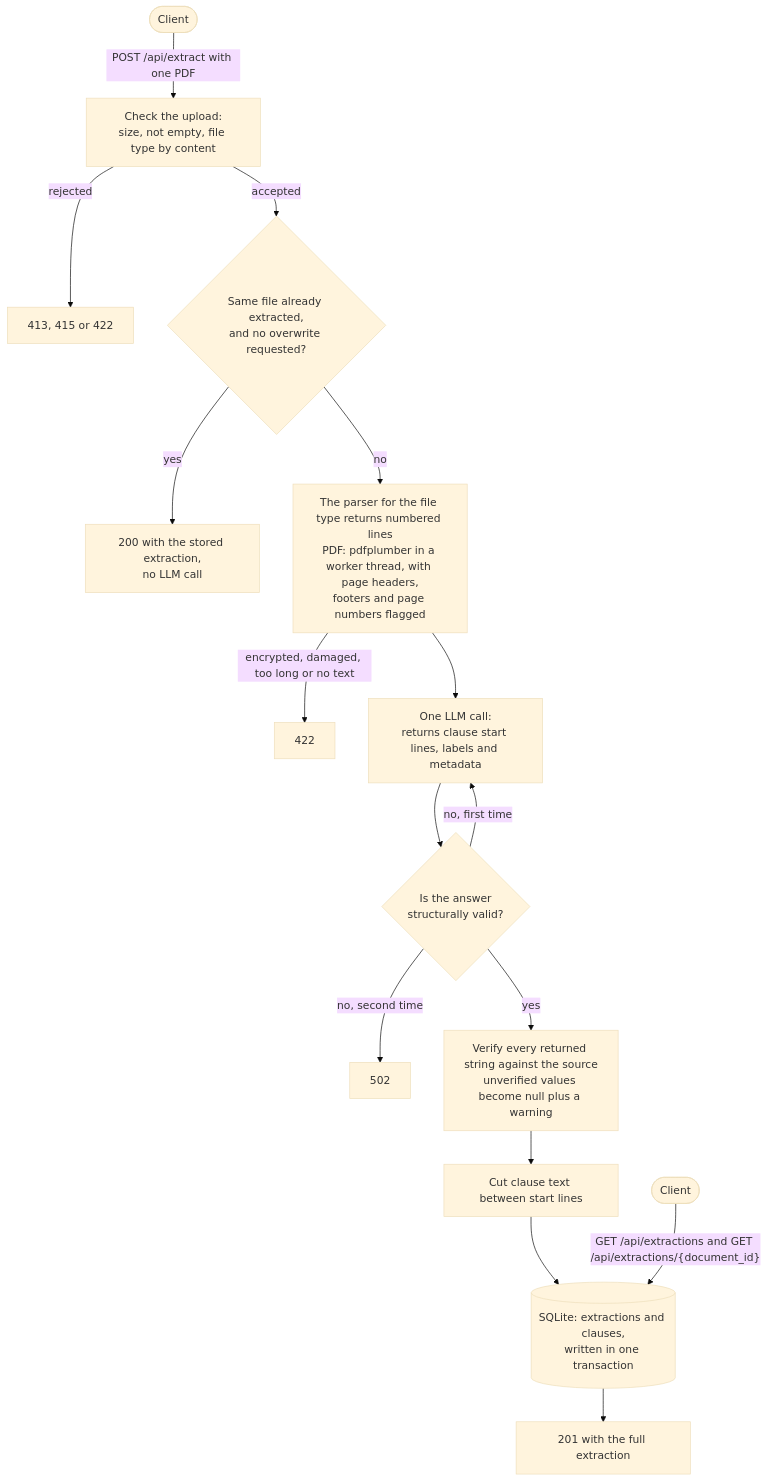
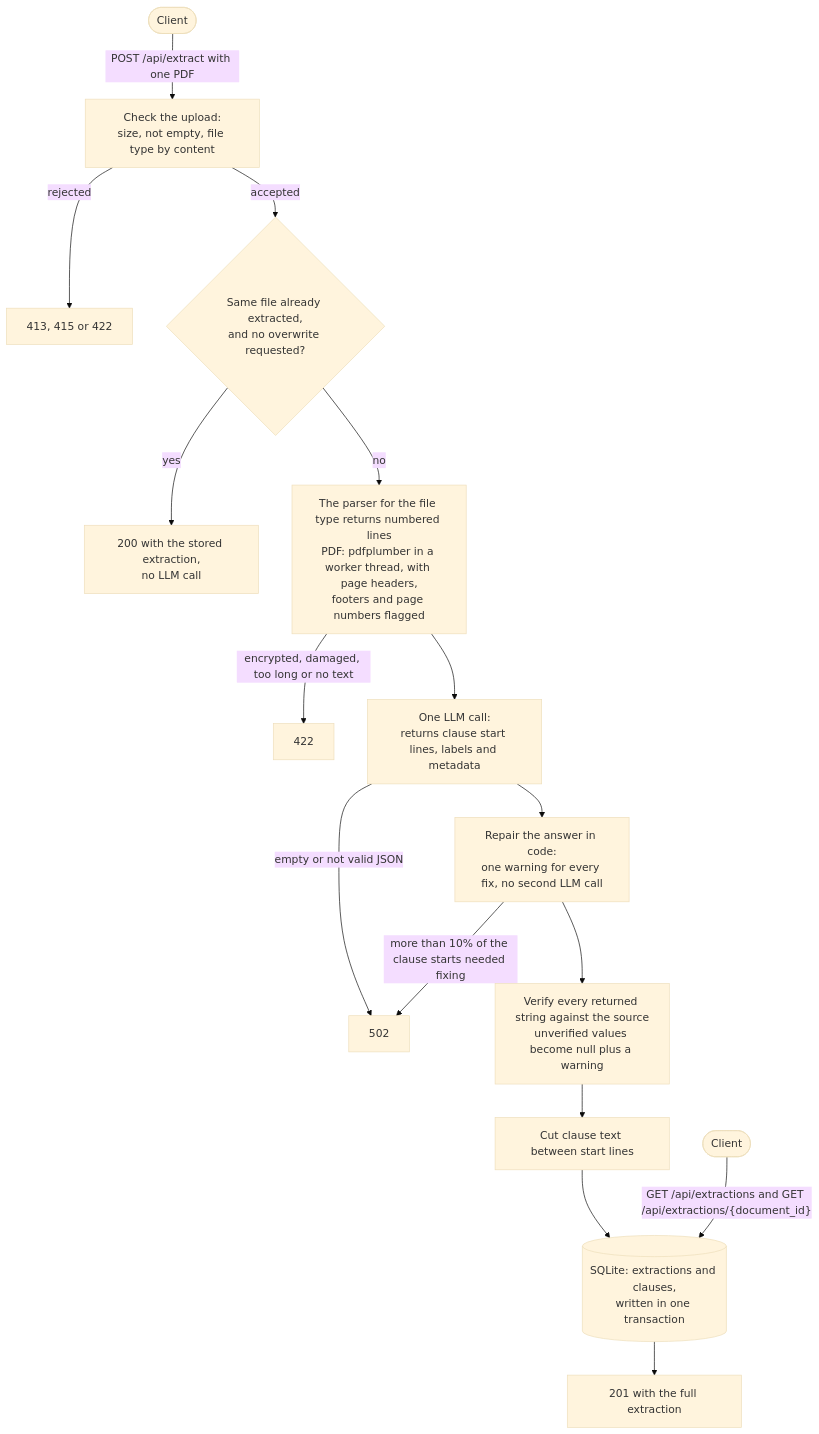
One commit to abazaenis/legal-clause-extractor changed the diagram in README.md. Above: the diagram before and after it, drawn with Mermaid (base theme). The commit also changed other lines of this file and 21 other files, not shown here.

First line of the commit message:
Ask the LLM where clauses start, and repair its answer in code

````diff
--- a/README.md
+++ b/README.md
@@ -7,18 +7,18 @@
 ```mermaid
 flowchart TD
     client(["Client"]) -->|"POST /api/extract with one PDF"| checks["Check the upload:<br/>size, not empty, file type by content"]
     checks -->|"rejected"| reject["413, 415 or 422"]
     checks -->|"accepted"| known{"Same file already extracted,<br/>and no overwrite requested?"}
     known -->|"yes"| stored["200 with the stored extraction,<br/>no LLM call"]
     known -->|"no"| parse["The parser for the file type returns numbered lines<br/>PDF: pdfplumber in a worker thread, with page headers,<br/>footers and page numbers flagged"]
     parse -->|"encrypted, damaged, too long or no text"| unreadable["422"]
     parse --> llm["One LLM call:<br/>returns clause start lines, labels and metadata"]
-    llm --> valid{"Is the answer<br/>structurally valid?"}
-    valid -->|"no, first time"| llm
-    valid -->|"no, second time"| fail["502"]
-    valid -->|"yes"| verify["Verify every returned string against the source<br/>unverified values become null plus a warning"]
+    llm -->|"empty or not valid JSON"| fail["502"]
+    llm --> repair["Repair the answer in code:<br/>one warning for every fix, no second LLM call"]
+    repair -->|"more than 10% of the clause starts needed fixing"| fail
+    repair --> verify["Verify every returned string against the source<br/>unverified values become null plus a warning"]
     verify --> cut["Cut clause text between start lines"]
     cut --> store[("SQLite: extractions and clauses,<br/>written in one transaction")]
     store --> created["201 with the full extraction"]
     reader(["Client"]) -->|"GET /api/extractions and GET /api/extractions/{document_id}"| store
 ```
````
